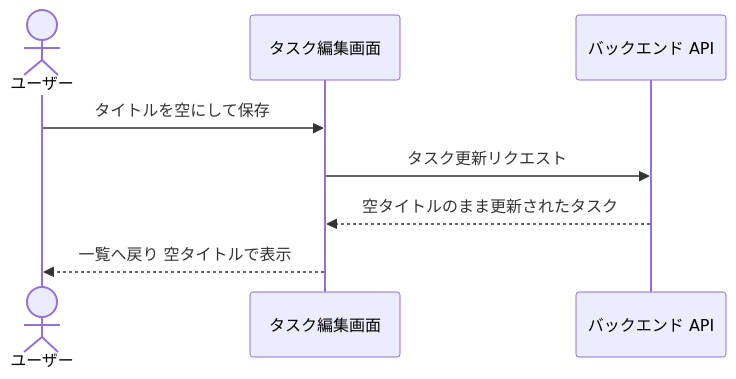
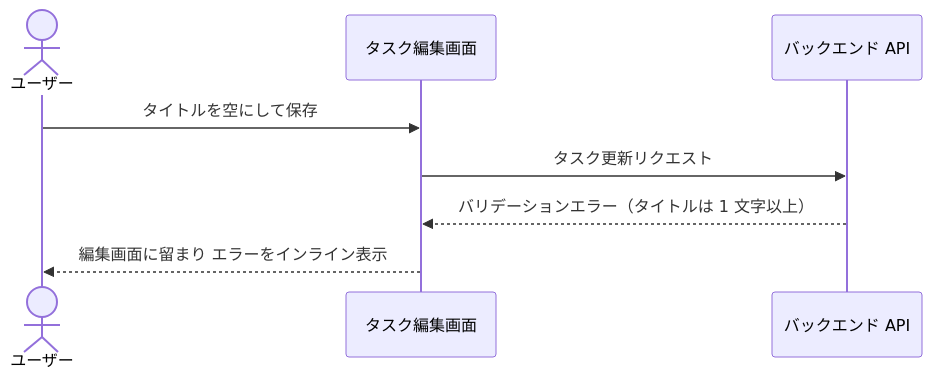
The second of 2 diagrams in docs/wiki/設計図/シナリオ/単一ユースケース/タスク編集.md (shuhei1101/ai-monitor-e2e), drawn with Mermaid before and after one commit. The commit also changed other lines of this file, not shown here.

````diff
--- a/docs/wiki/設計図/シナリオ/単一ユースケース/タスク編集.md
+++ b/docs/wiki/設計図/シナリオ/単一ユースケース/タスク編集.md
@@ -47,11 +47,11 @@
 ```mermaid
 sequenceDiagram
   actor U as ユーザー
   participant FE as タスク編集画面
   participant BE as バックエンド API
 
   U->>FE: タイトルを空にして保存
   FE->>BE: タスク更新リクエスト
-  BE-->>FE: 空タイトルのまま更新されたタスク
-  FE-->>U: 一覧へ戻り 空タイトルで表示
+  BE-->>FE: バリデーションエラー（タイトルは 1 文字以上）
+  FE-->>U: 編集画面に留まり エラーをインライン表示
 ```
````
